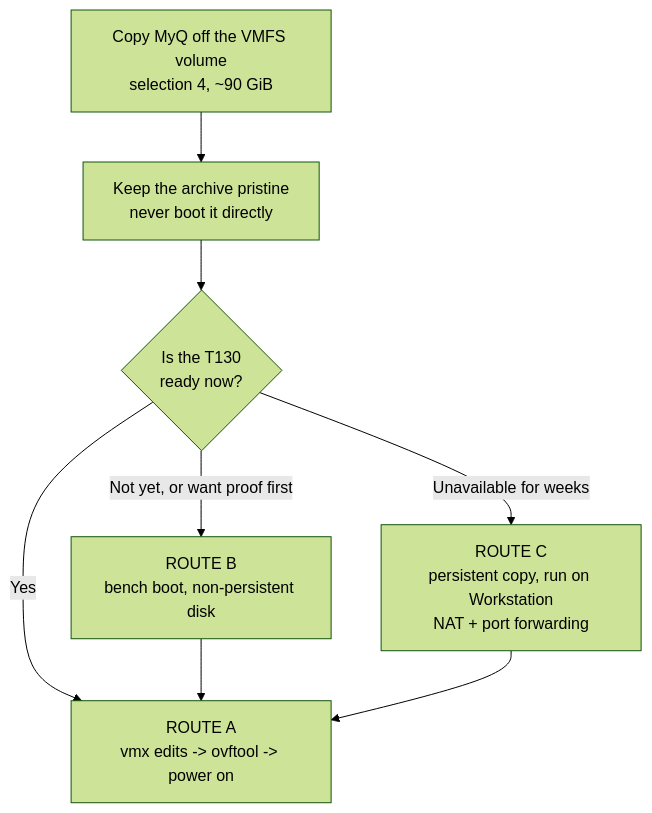
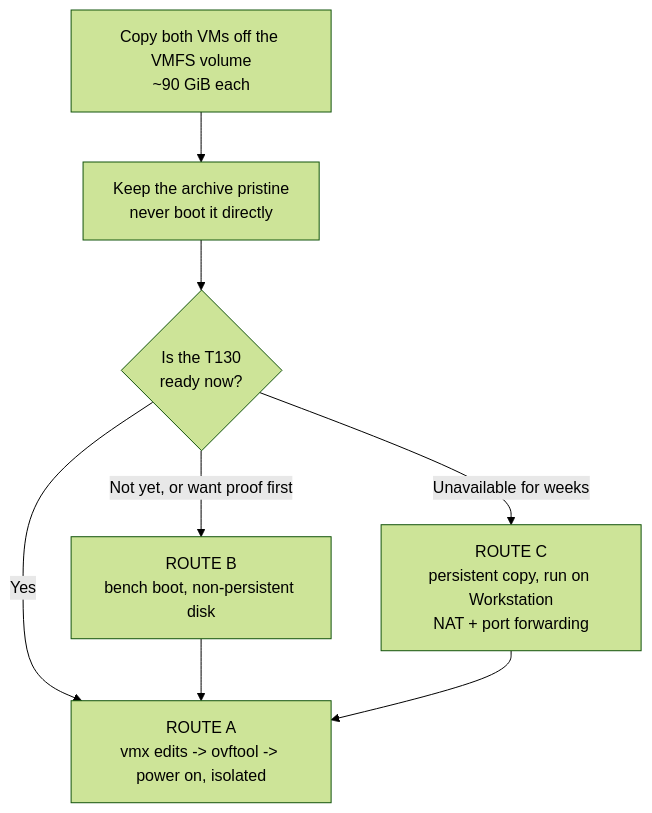
Before and after one commit to aniksarakash/VFMS_Recovery: the second of 5 diagrams in MIGRATION.md, drawn with Mermaid (forest theme). The commit also changed other lines of this file and 1 other file, not shown here.

````diff
--- a/MIGRATION.md
+++ b/MIGRATION.md
@@ -151,10 +224,10 @@
 ```mermaid
 flowchart TD
-  A["Copy MyQ off the VMFS volume<br/>selection 4, ~90 GiB"] --> B["Keep the archive pristine<br/>never boot it directly"]
+  A["Copy both VMs off the VMFS volume<br/>~90 GiB each"] --> B["Keep the archive pristine<br/>never boot it directly"]
   B --> C{"Is the T130<br/>ready now?"}
-  C -->|Yes| D["ROUTE A<br/>vmx edits -> ovftool -> power on"]
+  C -->|Yes| D["ROUTE A<br/>vmx edits -> ovftool -> power on, isolated"]
   C -->|"Not yet, or want proof first"| E["ROUTE B<br/>bench boot, non-persistent disk"]
   E --> D
   C -->|"Unavailable for weeks"| F["ROUTE C<br/>persistent copy, run on Workstation<br/>NAT + port forwarding"]
   F --> D
 ```
````
